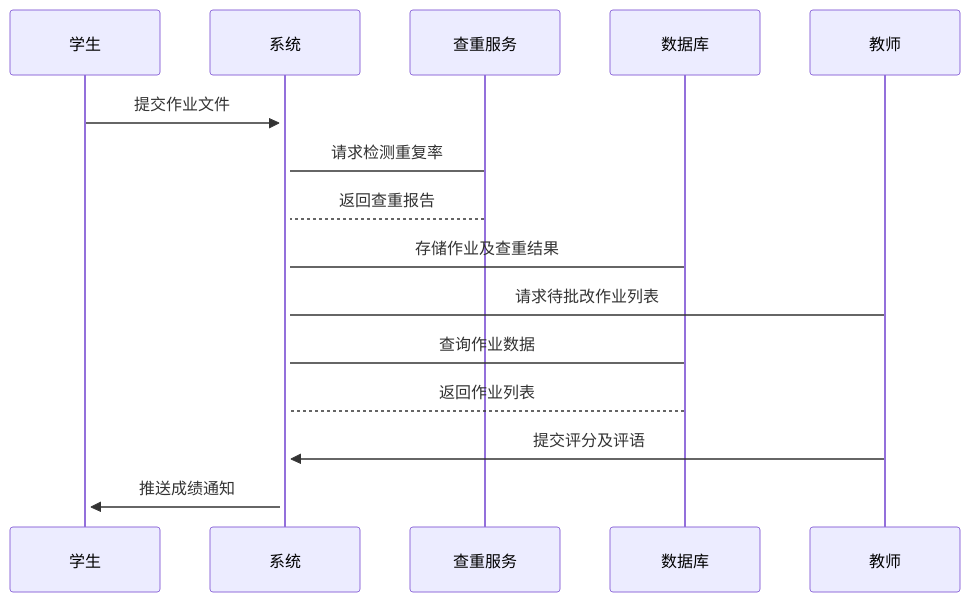
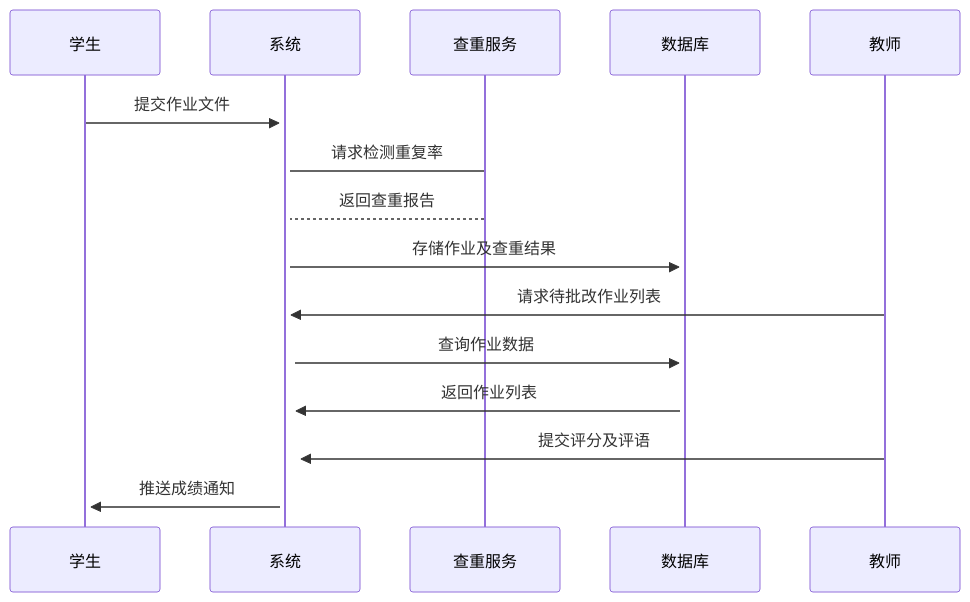
One commit to YOAyes/iodraw-files changed the diagram in all/未命名-1.md. Above: the diagram before and after it, drawn with Mermaid.

Commit message:
2025-05-08 20:02:33 update

````diff
--- a/all/未命名-1.md
+++ b/all/未命名-1.md
@@ -1,13 +1,13 @@
 ```mermaid
 sequenceDiagram
 学生 ->>+ 系统: 提交作业文件
 系统 -> 查重服务: 请求检测重复率
 查重服务 --> 系统: 返回查重报告
-系统 -> 数据库: 存储作业及查重结果
-教师 -> 系统: 请求待批改作业列表
-系统 -> 数据库: 查询作业数据
-数据库 --> 系统: 返回作业列表
+系统 ->>+ 数据库: 存储作业及查重结果
+教师 ->>+ 系统: 请求待批改作业列表
+系统 ->>+ 数据库: 查询作业数据
+数据库 ->>+ 系统: 返回作业列表
 教师 ->>+ 系统: 提交评分及评语
 系统 ->>+ 学生: 推送成绩通知
 
 ```
````
